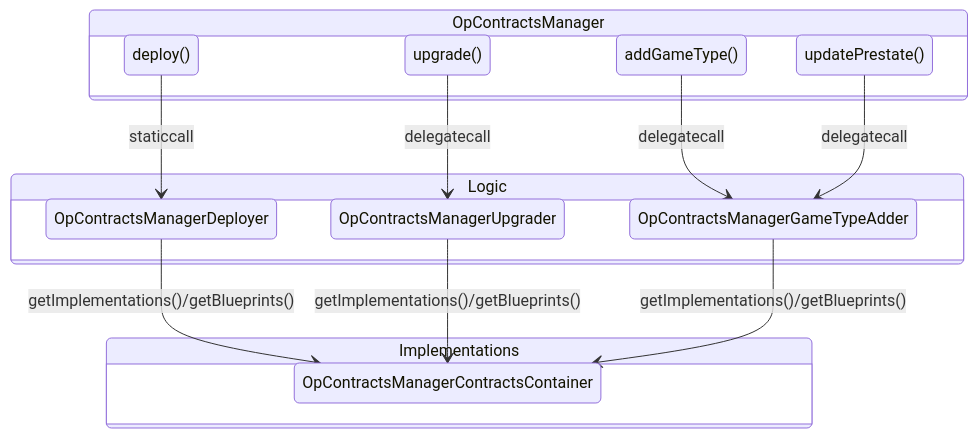
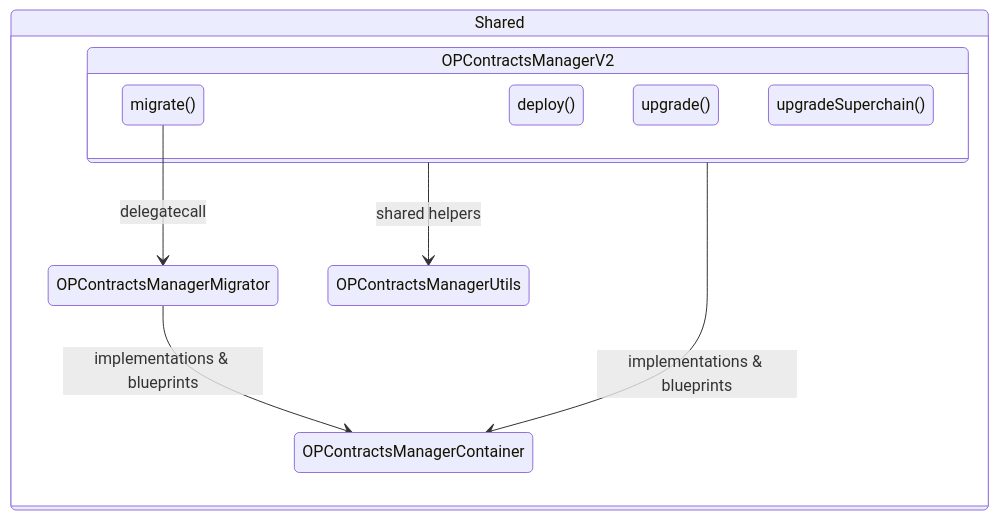
One commit to ethereum-optimism/optimism changed the diagram in packages/contracts-bedrock/book/src/contributing/opcm.md. Above: the diagram before and after it, drawn with Mermaid. The commit also changed other lines of this file and 2 other files, not shown here.

Commit message:
docs: update OPCM docs for V2 architecture
- opcm.md: update architecture section with V2 contract names
  (OPContractsManagerV2, OPContractsManagerUtils, OPContractsManagerContainer,
  OPContractsManagerMigrator) and accurate mermaid diagram showing V2 entry
  points (deploy, upgrade, upgradeSuperchain, migrate)
- versioning.md: fix dead pinned link to implementations() function
- migrating-permissionless.mdx: replace addGameType() reference with
  upgrade() via DisputeGameConfig; fix "this method will" to describe
  actual V2 behavior (register impl on DGF + set init bond)
- op-deployer-upgrade-deprecation.mdx: fix dead link to deleted v1 file

````diff
--- a/packages/contracts-bedrock/book/src/contributing/opcm.md
+++ b/packages/contracts-bedrock/book/src/contributing/opcm.md
@@ -28,20 +27,16 @@
 ```mermaid
 stateDiagram-v2
-    state OpContractsManager {
+    state OPContractsManagerV2 {
         direction LR
-        deploy() --> OpContractsManagerDeployer: staticcall
-        upgrade() --> OpContractsManagerUpgrader: delegatecall
-        addGameType() --> OpContractsManagerGameTypeAdder: delegatecall
-        updatePrestate() --> OpContractsManagerGameTypeAdder: delegatecall
+        deploy()
+        upgrade()
+        upgradeSuperchain()
+        migrate() --> OPContractsManagerMigrator: delegatecall
     }
 
-    state Logic {
-        OpContractsManagerDeployer --> OpContractsManagerContractsContainer: getImplementations()/getBlueprints()
-        OpContractsManagerUpgrader --> OpContractsManagerContractsContainer: getImplementations()/getBlueprints()
-        OpContractsManagerGameTypeAdder --> OpContractsManagerContractsContainer: getImplementations()/getBlueprints()
-    }
-
-    state Implementations {
-        OpContractsManagerContractsContainer
+    state Shared {
+        OPContractsManagerV2 --> OPContractsManagerUtils: shared helpers
+        OPContractsManagerV2 --> OPContractsManagerContainer: implementations & blueprints
+        OPContractsManagerMigrator --> OPContractsManagerContainer: implementations & blueprints
     }
 ```
````
